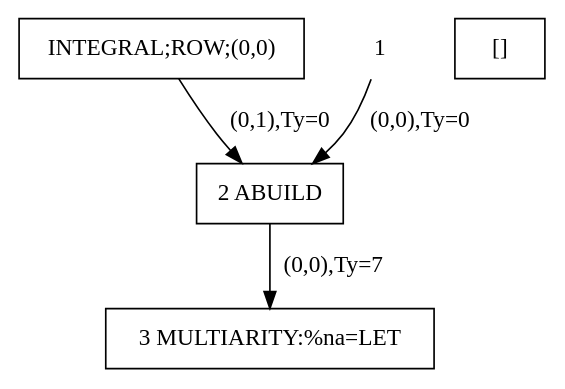
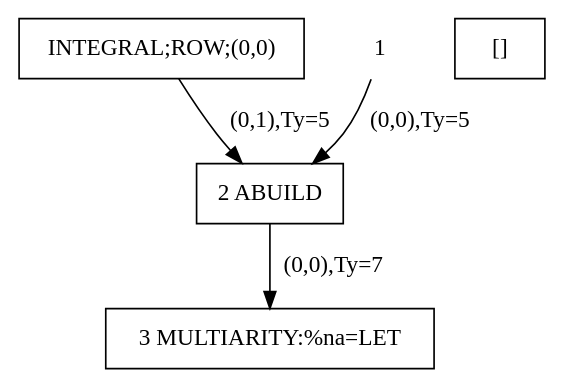
The diagram in exp.dot (qram9/sisal), drawn with Graphviz before and after one commit. The commit also changed 6 other files, not shown here.

```diff
--- a/exp.dot
+++ b/exp.dot
@@ -1,10 +1,10 @@
 digraph R {
 newrank=true;
 IN00 [shape=rect;label="INTEGRAL;ROW;(0,0)"];
 OUT00 [shape=rect;label="[]"];
 01 [shape=plaintext;label="1"];
 02 [shape=rect;label="2 ABUILD"];
 03 [shape=rect;label="3 MULTIARITY:%na=LET"]
-IN00 ->  02 [label="(0,1),Ty=0"]
-01 ->  02 [label="(0,0),Ty=0"]
+IN00 ->  02 [label="(0,1),Ty=5"]
+01 ->  02 [label="(0,0),Ty=5"]
 02 ->  03 [label="(0,0),Ty=7"]}
```
